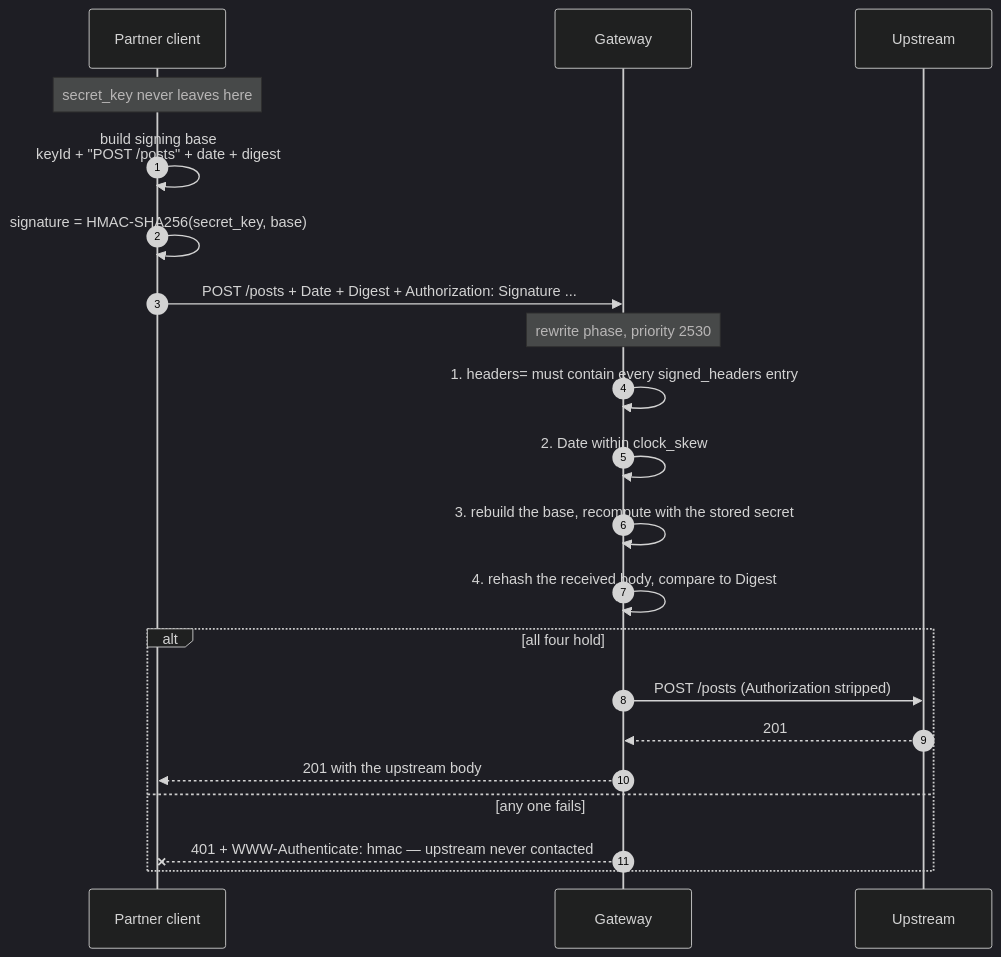
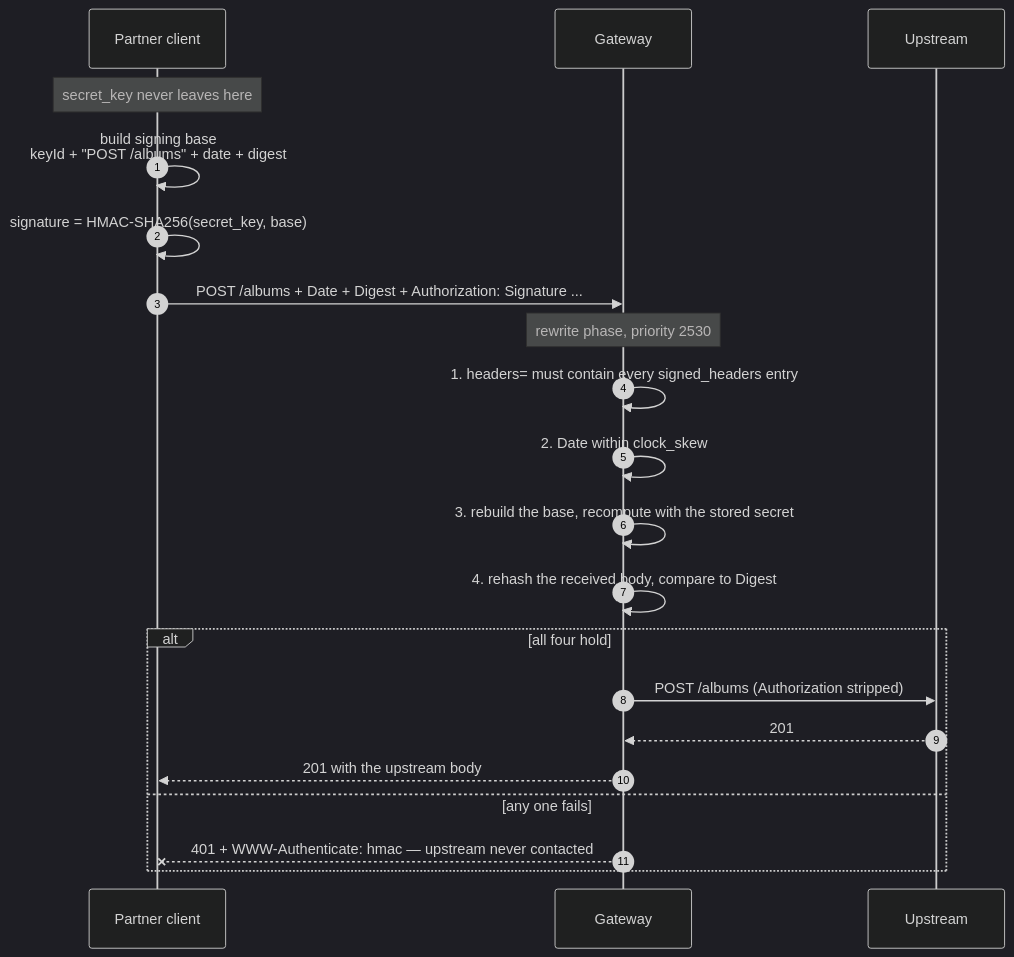
One commit to digitalapicraft/api-gateway-solutions changed the second of 2 diagrams in solutions/06-hmac-auth/README.md. Above: the diagram before and after it, drawn with Mermaid (dark theme). The commit also changed other lines of this file and 33 other files, not shown here.

````diff
--- a/solutions/06-hmac-auth/README.md
+++ b/solutions/06-hmac-auth/README.md
@@ -102,26 +122,26 @@
 ```mermaid
 sequenceDiagram
     autonumber
     participant C as Partner client
     participant GW as Gateway
     participant UP as Upstream
 
     Note over C: secret_key never leaves here
-    C->>C: build signing base<br/>keyId + "POST /posts" + date + digest
+    C->>C: build signing base<br/>keyId + "POST /albums" + date + digest
     C->>C: signature = HMAC-SHA256(secret_key, base)
-    C->>GW: POST /posts + Date + Digest + Authorization: Signature ...
+    C->>GW: POST /albums + Date + Digest + Authorization: Signature ...
 
     Note over GW: rewrite phase, priority 2530
     GW->>GW: 1. headers= must contain every signed_headers entry
     GW->>GW: 2. Date within clock_skew
     GW->>GW: 3. rebuild the base, recompute with the stored secret
     GW->>GW: 4. rehash the received body, compare to Digest
 
     alt all four hold
-        GW->>UP: POST /posts (Authorization stripped)
+        GW->>UP: POST /albums (Authorization stripped)
         UP-->>GW: 201
         GW-->>C: 201 with the upstream body
     else any one fails
         GW--xC: 401 + WWW-Authenticate: hmac — upstream never contacted
     end
 ```
````
